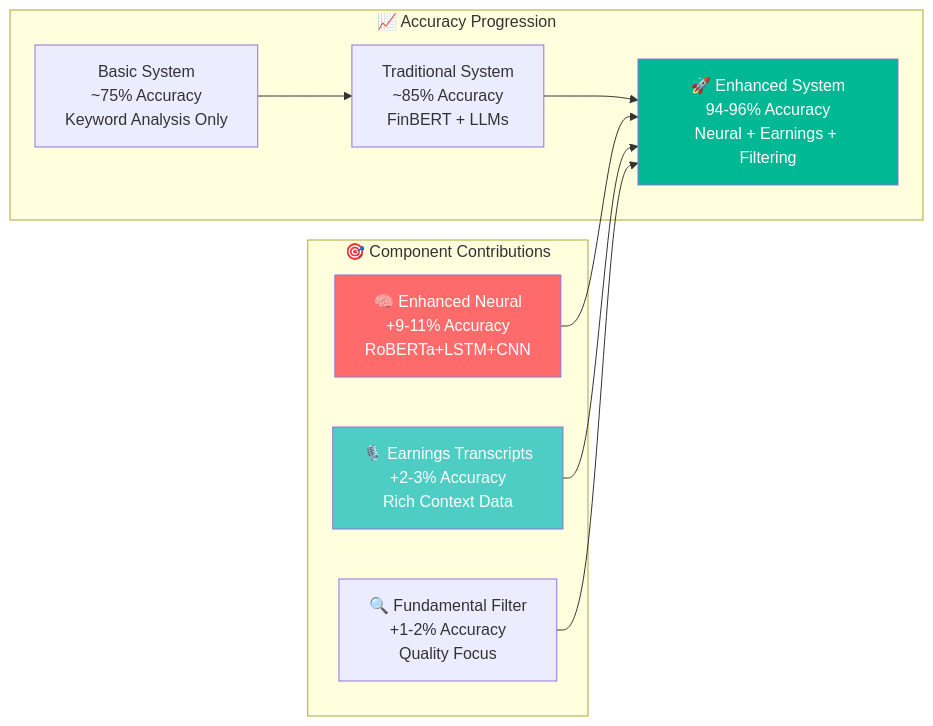
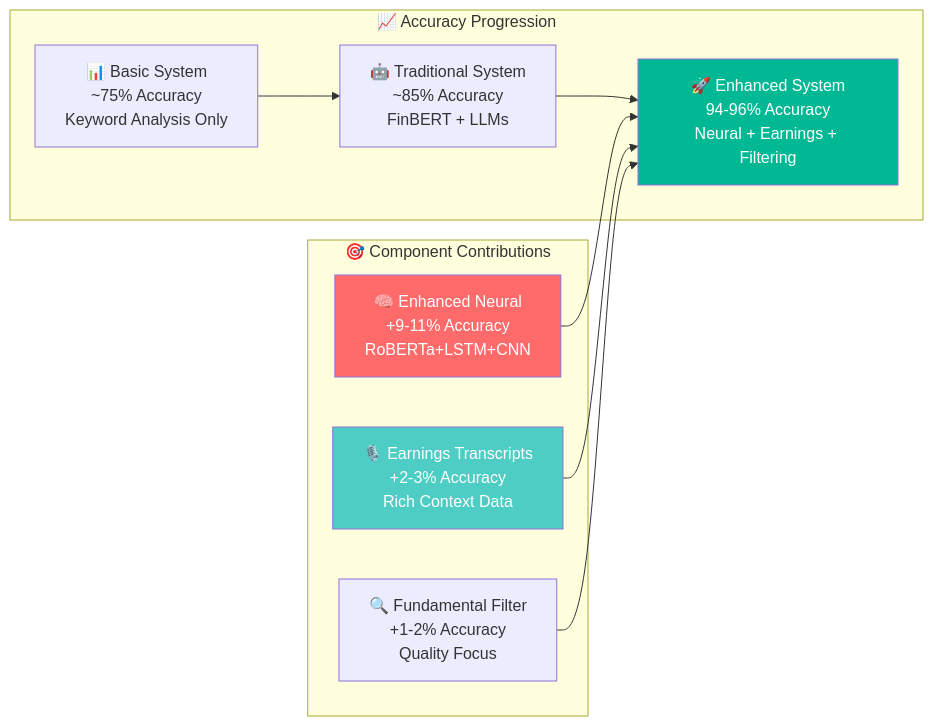
Before and after one commit to jaygasi/news_analyzer: the seventh of 11 diagrams in news_cruncher/README.md, drawn with Mermaid. The commit also changed other lines of this file and 6 other files, not shown here.

````diff
--- a/news_cruncher/README.md
+++ b/news_cruncher/README.md
@@ -626,25 +577,25 @@
 ```mermaid
 graph LR
     subgraph "📈 Accuracy Progression"
-        Basic[Basic System<br/>~75% Accuracy<br/>Keyword Analysis Only]
-        Traditional[Traditional System<br/>~85% Accuracy<br/>FinBERT + LLMs]
+        Basic[📊 Basic System<br/>~75% Accuracy<br/>Keyword Analysis Only]
+        Traditional[🤖 Traditional System<br/>~85% Accuracy<br/>FinBERT + LLMs]
         Enhanced[🚀 Enhanced System<br/>94-96% Accuracy<br/>Neural + Earnings + Filtering]
     end
     
     subgraph "🎯 Component Contributions"
         Neural[🧠 Enhanced Neural<br/>+9-11% Accuracy<br/>RoBERTa+LSTM+CNN]
         Earnings[🎙️ Earnings Transcripts<br/>+2-3% Accuracy<br/>Rich Context Data]
         Filtering[🔍 Fundamental Filter<br/>+1-2% Accuracy<br/>Quality Focus]
     end
     
     Basic --> Traditional
     Traditional --> Enhanced
     
     Neural --> Enhanced
     Earnings --> Enhanced
     Filtering --> Enhanced
     
     style Enhanced fill:#00b894,color:#fff
     style Neural fill:#ff6b6b,color:#fff
     style Earnings fill:#4ecdc4,color:#fff
 ```
````
